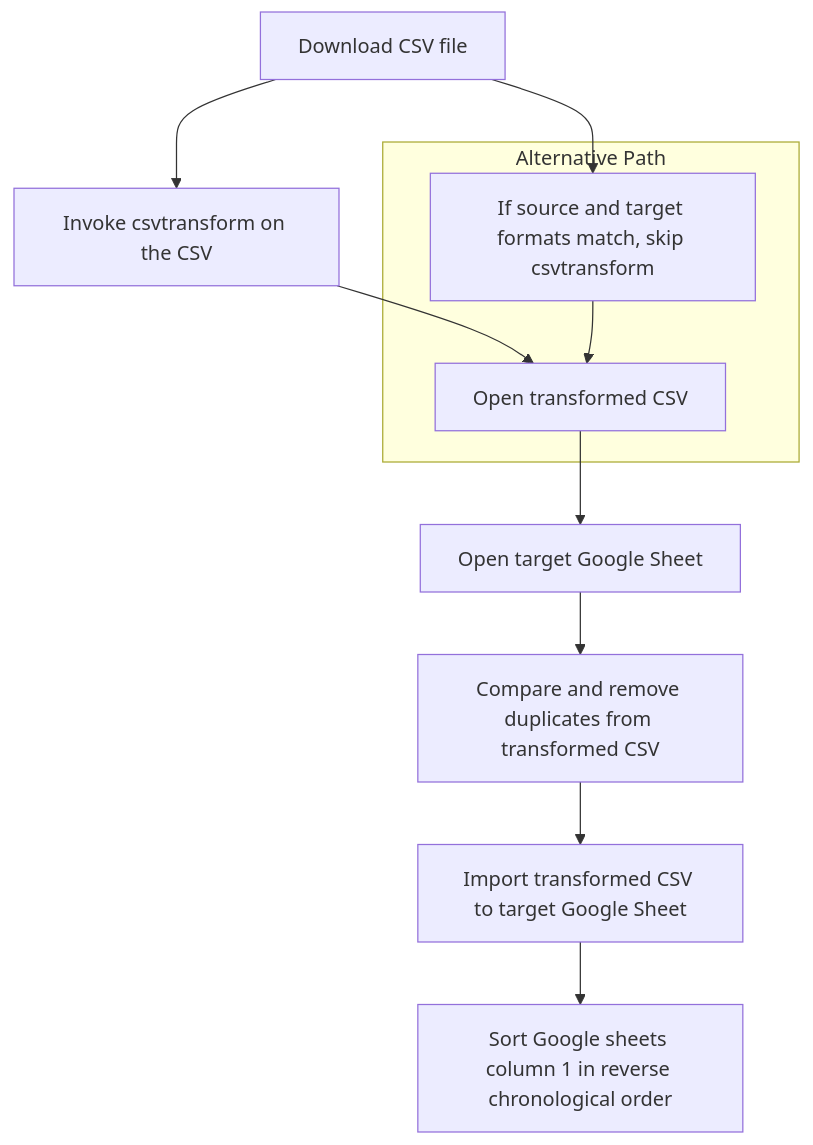
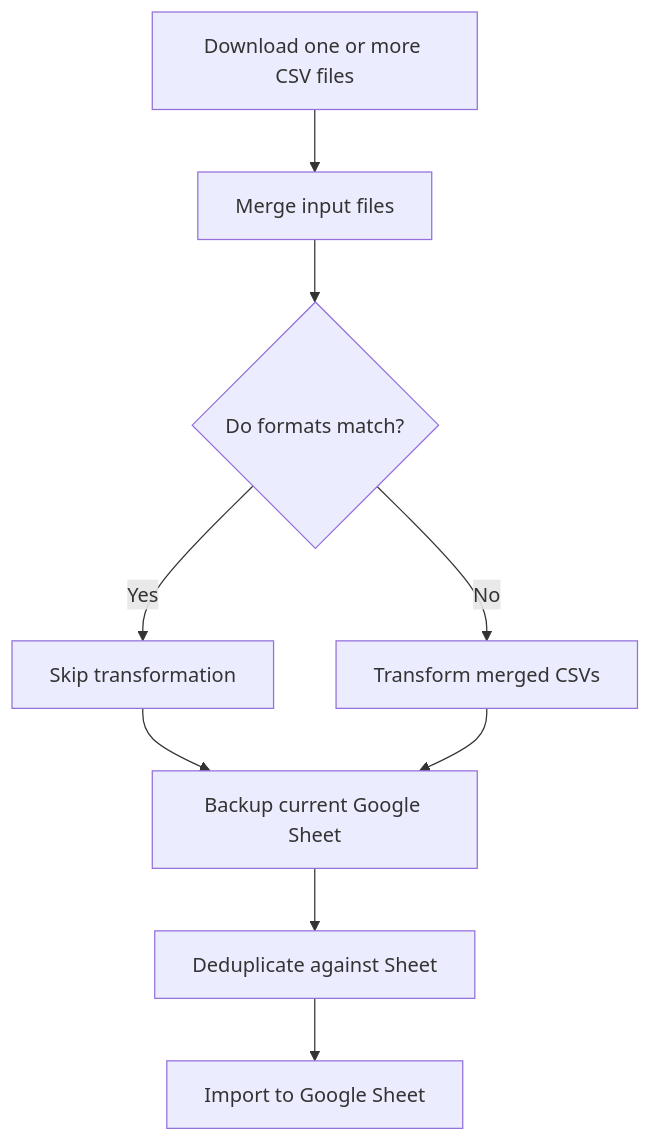
The diagram in docs/csvimport-process.md (vrwmiller/myip), drawn with Mermaid before and after one commit. The commit also changed other lines of this file, not shown here.

Commit message:
Update csvimport-process.md: clarify workflow diagram with decision node for format check

````diff
--- a/docs/csvimport-process.md
+++ b/docs/csvimport-process.md
@@ -3,14 +3,11 @@
 ```mermaid
 flowchart TD
-    A[Download CSV file] --> B[Invoke csvtransform on the CSV]
-    B --> C[Open transformed CSV]
-    C --> D[Open target Google Sheet]
-    D --> E[Compare and remove duplicates from transformed CSV]
-    E --> F[Import transformed CSV to target Google Sheet]
-    F --> G[Sort Google sheets column 1 in reverse chronological order]
-    subgraph Alternative Path
-        H[If source and target formats match, skip csvtransform]
-        H --> C
-    end
-    A --> H
+    A[Download one or more CSV files] --> B[Merge input files]
+    B --> C{Do formats match?}
+    C -- Yes --> D[Skip transformation]
+    C -- No --> E[Transform merged CSVs]
+    D --> F[Backup current Google Sheet]
+    E --> F[Backup current Google Sheet]
+    F --> G[Deduplicate against Sheet]
+    G --> H[Import to Google Sheet]
 ```
````
